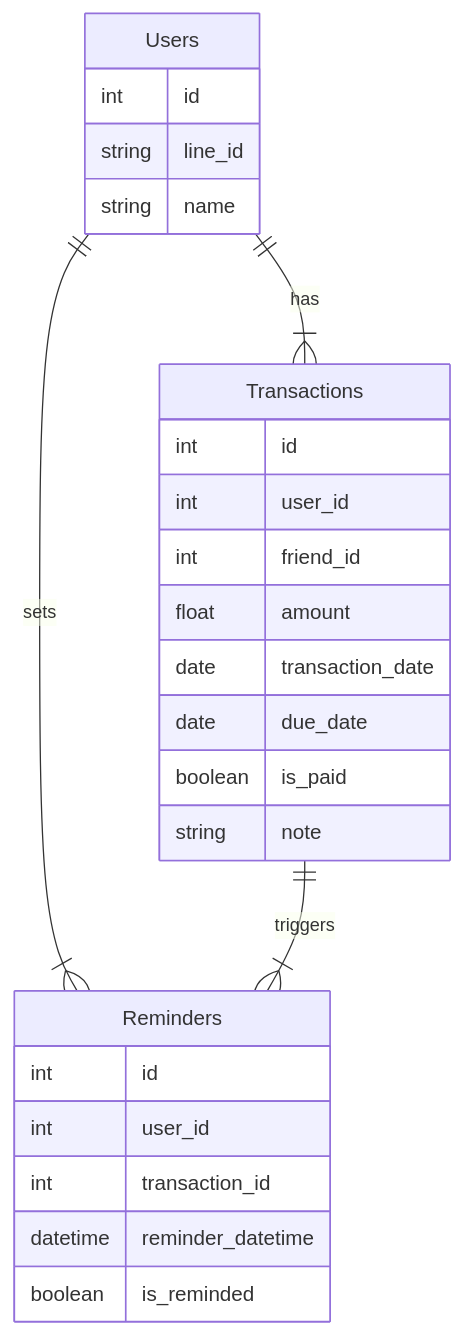
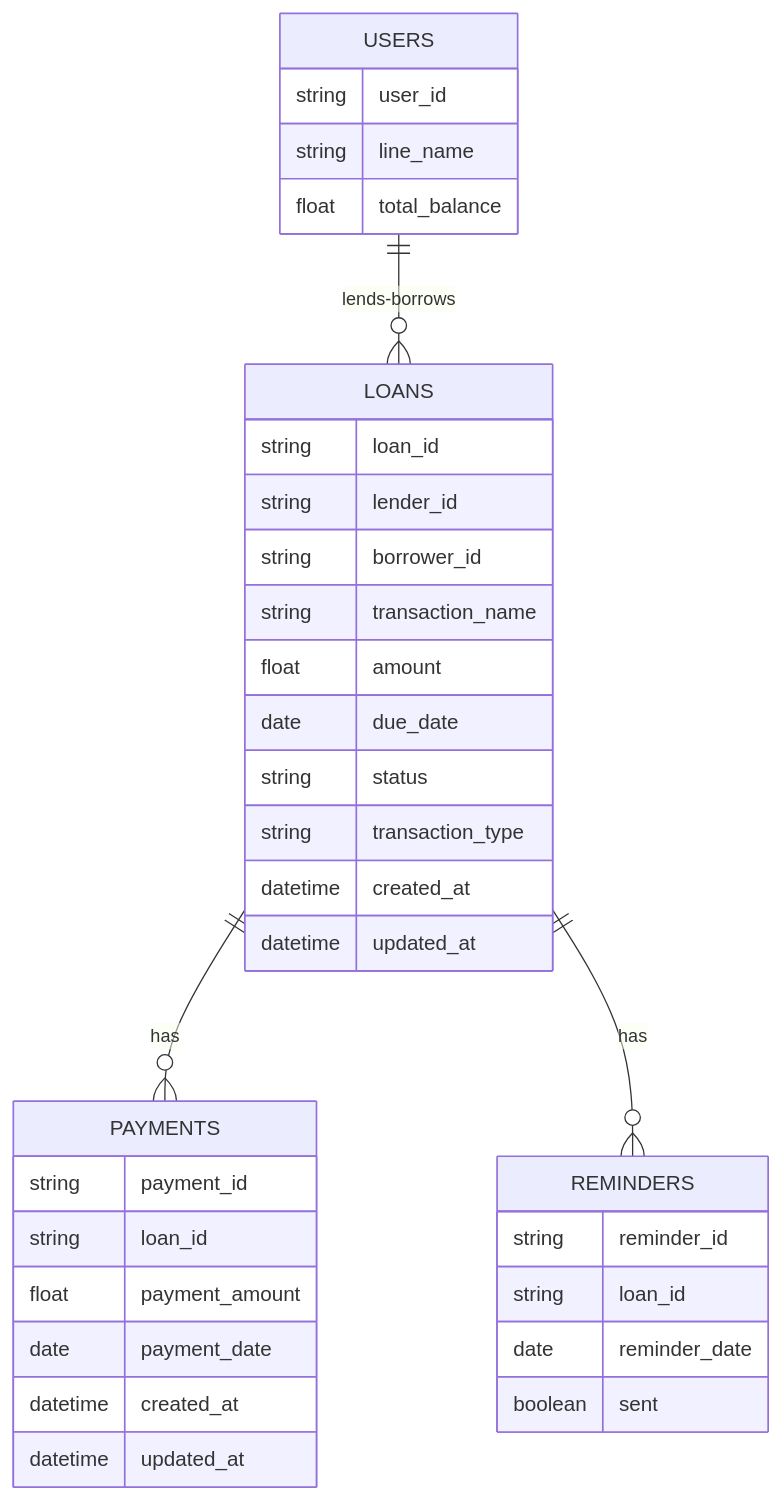
Before and after one commit to Suto-Michimasa/cashi-caeru: the diagram in docs/er.md, drawn with Mermaid. The commit also changed 4 other files, not shown here.

````diff
--- a/docs/er.md
+++ b/docs/er.md
@@ -1,28 +1,37 @@
 ```mermaid
 erDiagram
-    Users ||--|{ Transactions : has
-    Users ||--|{ Reminders : sets
-    Transactions ||--|{ Reminders : triggers
-    Users {
-        int id
-        string line_id
-        string name
-    }
-    Transactions {
-        int id
-        int user_id
-        int friend_id
-        float amount
-        date transaction_date
-        date due_date
-        boolean is_paid
-        string note
-    }
-    Reminders {
-        int id
-        int user_id
-        int transaction_id
-        datetime reminder_datetime
-        boolean is_reminded
-    }
+  USERS ||--o{ LOANS : "lends-borrows"
+  LOANS ||--o{ PAYMENTS : "has"
+  LOANS ||--o{ REMINDERS : "has"
+  USERS {
+    string user_id
+    string line_name
+    float total_balance
+  }
+  LOANS {
+    string loan_id
+    string lender_id
+    string borrower_id
+    string transaction_name
+    float amount
+    date due_date
+    string status
+    string transaction_type
+    datetime created_at
+    datetime updated_at
+  }
+  PAYMENTS {
+    string payment_id
+    string loan_id
+    float payment_amount
+    date payment_date
+    datetime created_at
+    datetime updated_at
+  }
+  REMINDERS {
+    string reminder_id
+    string loan_id
+    date reminder_date
+    boolean sent
+  }
 ```
````
